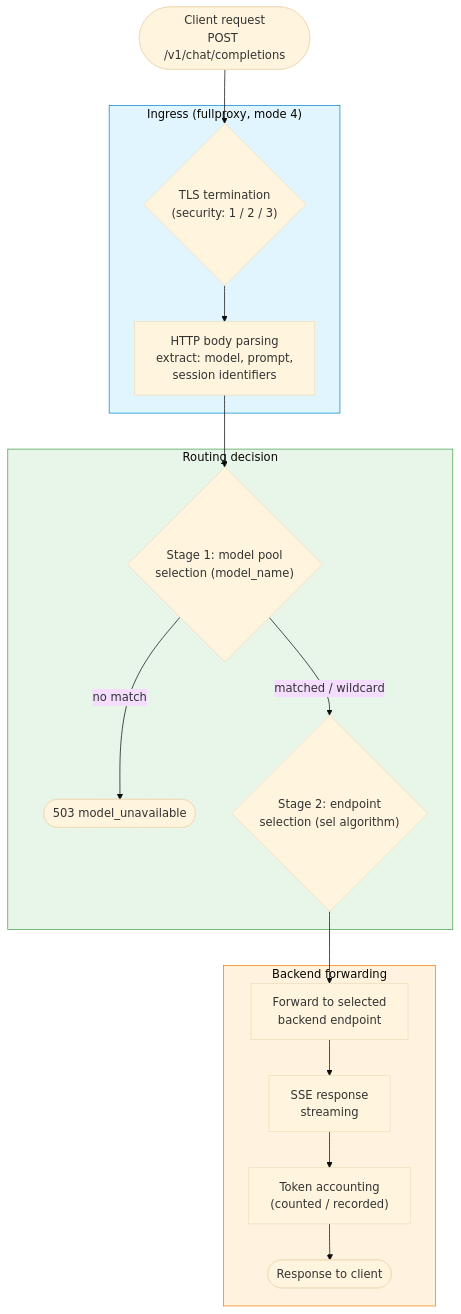
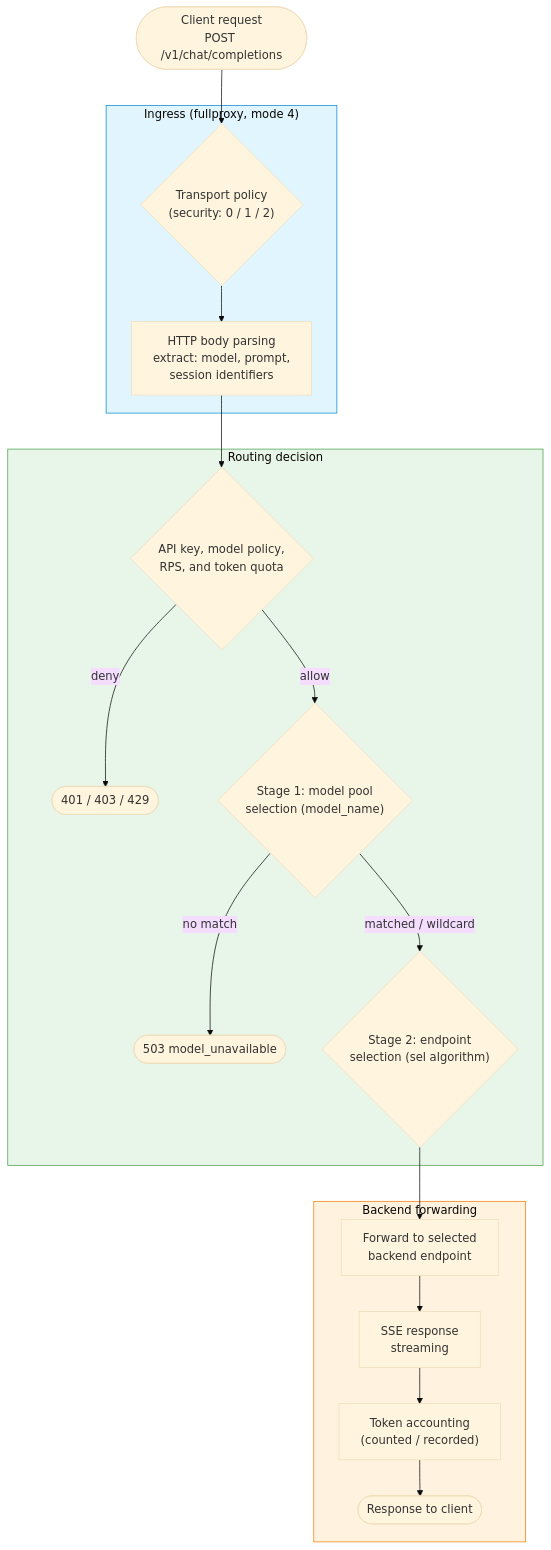
Before and after one commit to loxilb-io/loxilbdocs-inference-gateway: the first of 2 diagrams in docs/ai-gateway/overview.md, drawn with Mermaid (base theme). The commit also changed other lines of this file and 59 other files, not shown here.

````diff
--- a/docs/ai-gateway/overview.md
+++ b/docs/ai-gateway/overview.md
@@ -27,26 +34,28 @@
 ```mermaid
 flowchart TD
     CLIENT([Client request<br/>POST /v1/chat/completions]) --> TLS
 
     subgraph ingress ["Ingress (fullproxy, mode 4)"]
-        TLS{"TLS termination<br/>(security: 1 / 2 / 3)"}
+        TLS{"Transport policy<br/>(security: 0 / 1 / 2)"}
         TLS --> PARSE["HTTP body parsing<br/>extract: model, prompt,<br/>session identifiers"]
     end
 
     subgraph routing ["Routing decision"]
-        PARSE --> STAGE1{"Stage 1: model pool<br/>selection (model_name)"}
+        PARSE --> ADMIT{"API key, model policy,<br/>RPS, and token quota"}
+        ADMIT -->|deny| R4XX([401 / 403 / 429])
+        ADMIT -->|allow| STAGE1{"Stage 1: model pool<br/>selection (model_name)"}
         STAGE1 -->|"no match"| R503([503 model_unavailable])
         STAGE1 -->|"matched / wildcard"| STAGE2{"Stage 2: endpoint<br/>selection (sel algorithm)"}
     end
 
     subgraph backend ["Backend forwarding"]
         STAGE2 --> FWD["Forward to selected<br/>backend endpoint"]
         FWD --> STREAM["SSE response<br/>streaming"]
         STREAM --> COUNT["Token accounting<br/>(counted / recorded)"]
         COUNT --> RESP([Response to client])
     end
 
     style ingress fill:#e1f5fe,stroke:#0288d1
     style routing fill:#e8f5e9,stroke:#43a047
     style backend fill:#fff3e0,stroke:#f57c00
 ```
````
